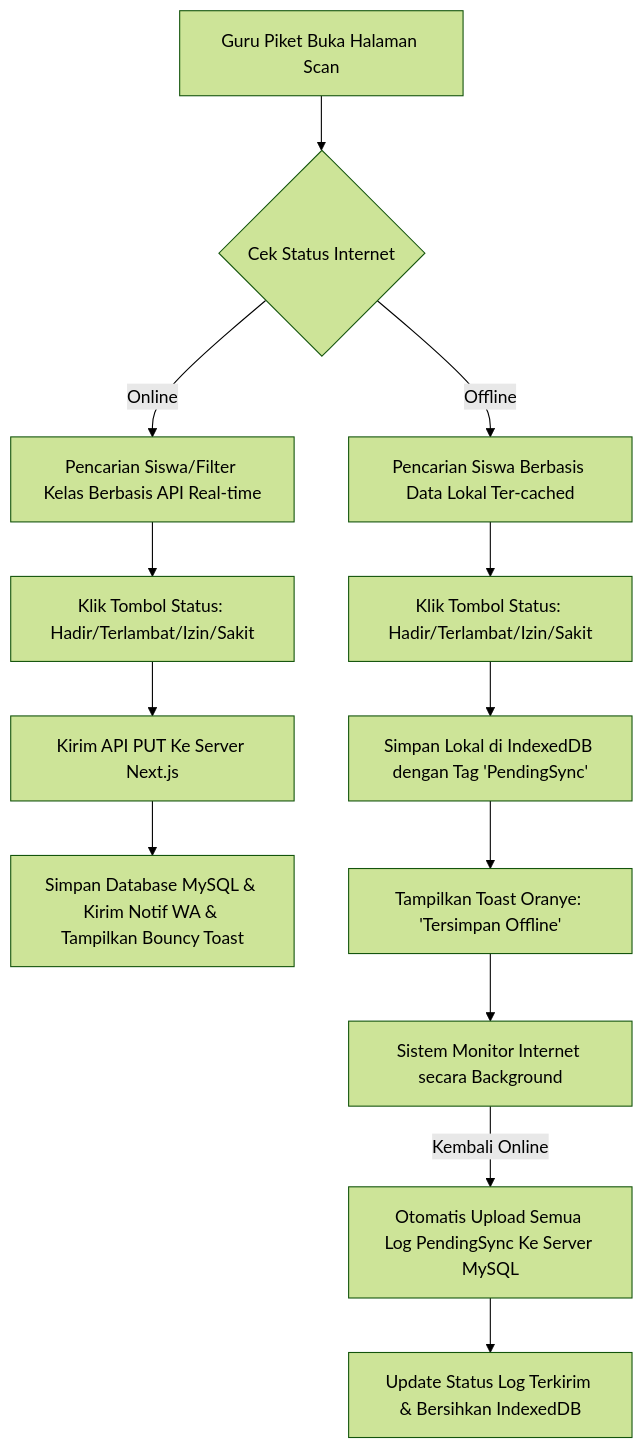
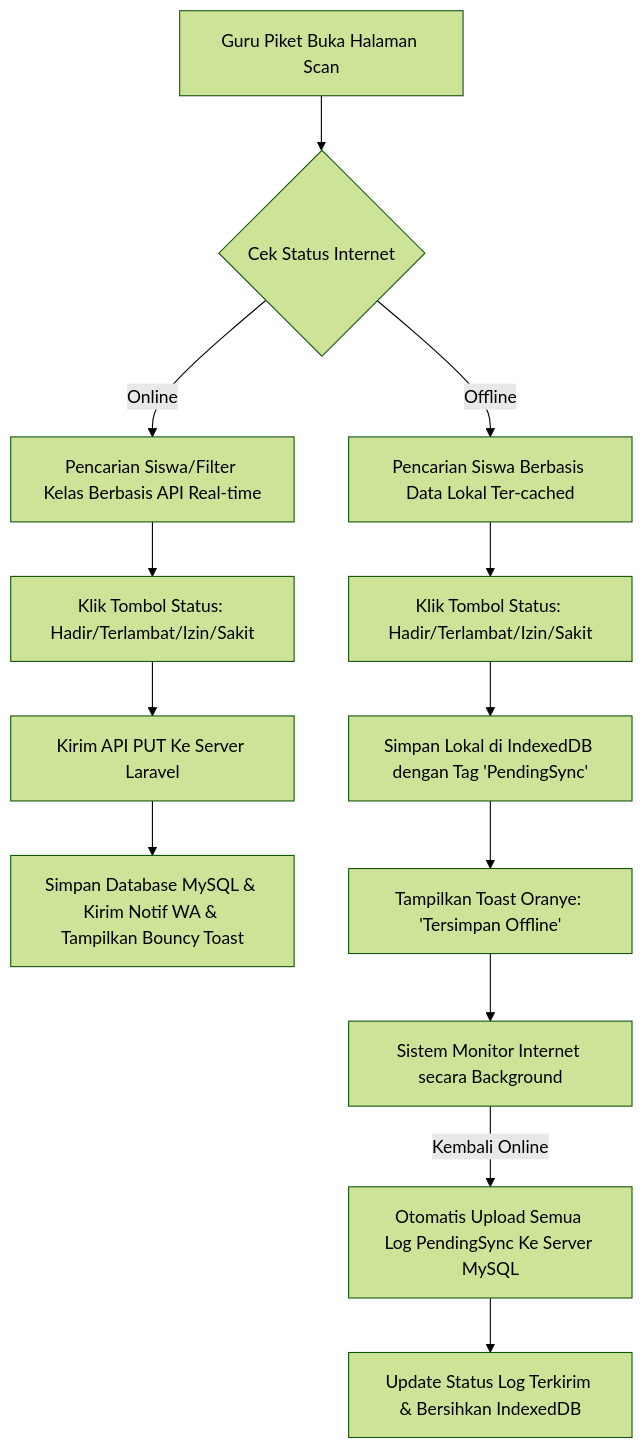
The diagram in docs/GURU_PIKET.md (ajibayu590/absensi-arrahma-kartuqr), drawn with Mermaid (forest theme) before and after one commit. The commit also changed other lines of this file and 24 other files, not shown here.

````diff
--- a/docs/GURU_PIKET.md
+++ b/docs/GURU_PIKET.md
@@ -9,15 +9,15 @@
 ```mermaid
 flowchart TD
     A[Guru Piket Buka Halaman Scan] --> B{Cek Status Internet}
     B -->|Online| C[Pencarian Siswa/Filter Kelas Berbasis API Real-time]
     B -->|Offline| D[Pencarian Siswa Berbasis Data Lokal Ter-cached]
     C --> E[Klik Tombol Status: Hadir/Terlambat/Izin/Sakit]
     D --> F[Klik Tombol Status: Hadir/Terlambat/Izin/Sakit]
-    E --> G[Kirim API PUT Ke Server Next.js]
+    E --> G[Kirim API PUT Ke Server Laravel]
     G --> H[Simpan Database MySQL & Kirim Notif WA & Tampilkan Bouncy Toast]
     F --> I[Simpan Lokal di IndexedDB dengan Tag 'PendingSync']
     I --> J[Tampilkan Toast Oranye: 'Tersimpan Offline']
     J --> K[Sistem Monitor Internet secara Background]
     K -->|Kembali Online| L[Otomatis Upload Semua Log PendingSync Ke Server MySQL]
     L --> M[Update Status Log Terkirim & Bersihkan IndexedDB]
 ```
````
